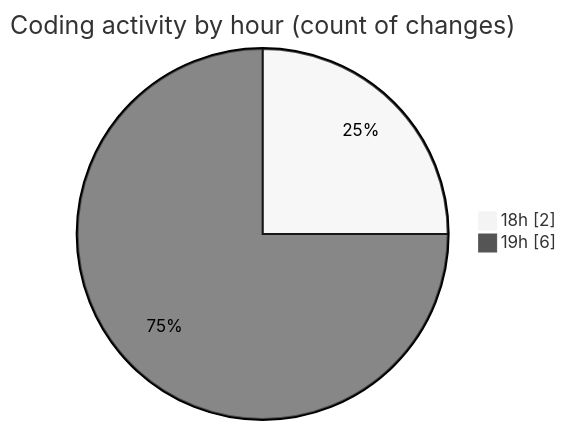
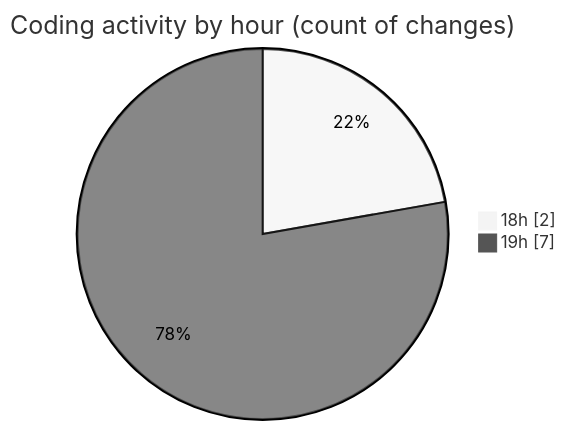
The second of 2 diagrams in 2025-05-22/ecodeli-1/README.md (CELIANVF/code-tracking), drawn with Mermaid (neutral theme) before and after one commit. The commit also changed other lines of this file and 1 other file, not shown here.

````diff
--- a/2025-05-22/ecodeli-1/README.md
+++ b/2025-05-22/ecodeli-1/README.md
@@ -33,6 +33,6 @@
 ```mermaid
 pie showData
 title Coding activity by hour (count of changes)
 "18h" : 2
-"19h" : 6
+"19h" : 7
 ```
````
